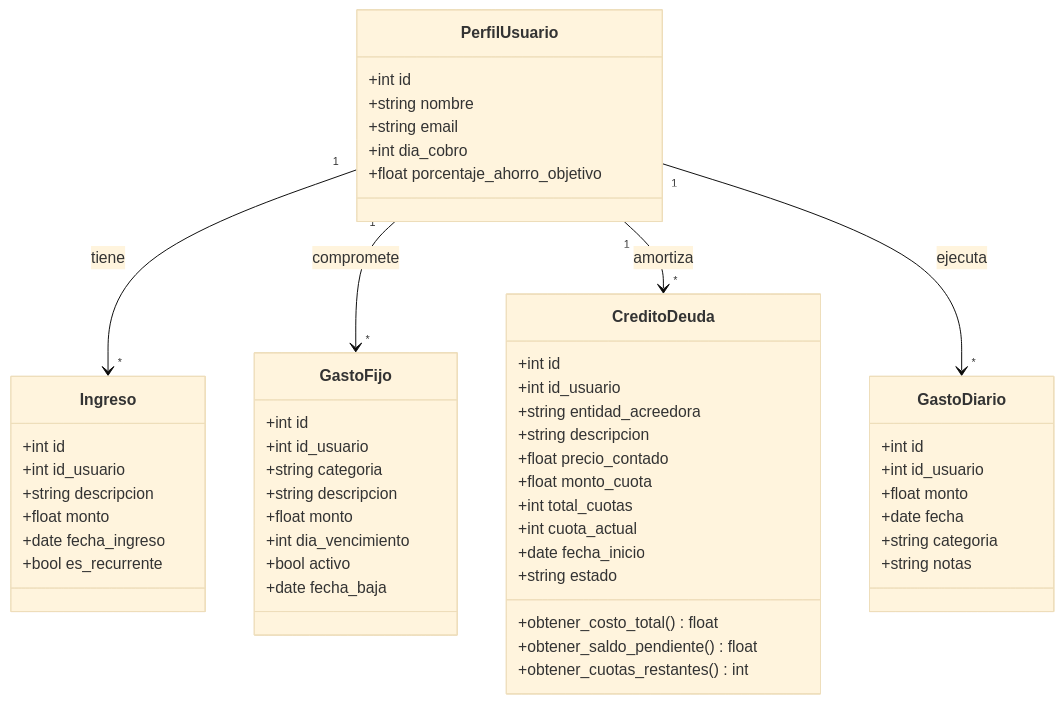
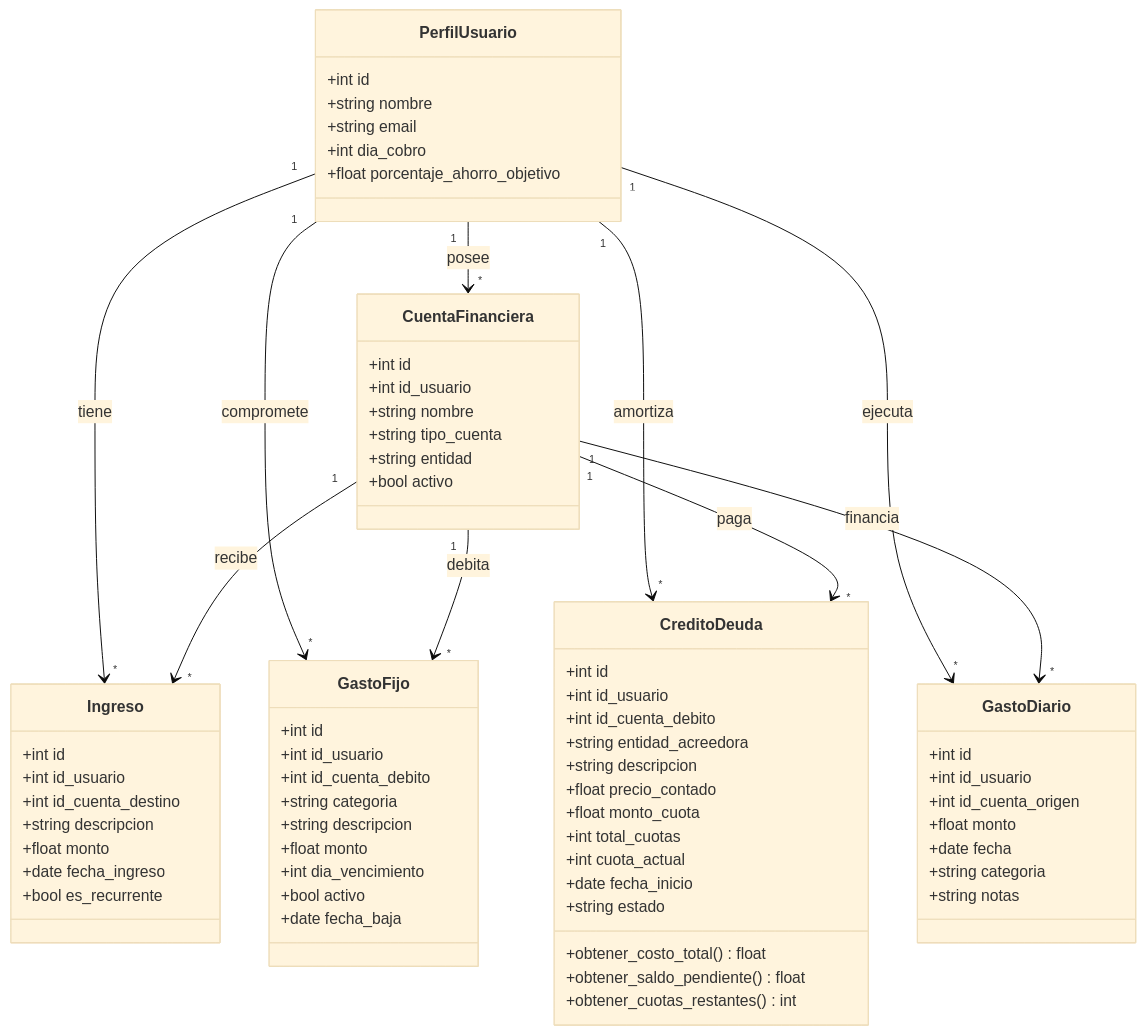
One commit to cachu94/efi-backend-misfinanzas changed the second of 2 diagrams in docs/analisis_estructura_financiera.md. Above: the diagram before and after it, drawn with Mermaid (base theme). The commit also changed other lines of this file and 7 other files, not shown here.

````diff
--- a/docs/analisis_estructura_financiera.md
+++ b/docs/analisis_estructura_financiera.md
@@ -72,60 +87,79 @@
 ```mermaid
 classDiagram
     class PerfilUsuario {
         +int id
         +string nombre
         +string email
         +int dia_cobro
         +float porcentaje_ahorro_objetivo
     }
 
+    class CuentaFinanciera {
+        +int id
+        +int id_usuario
+        +string nombre
+        +string tipo_cuenta
+        +string entidad
+        +bool activo
+    }
+
     class Ingreso {
         +int id
         +int id_usuario
+        +int id_cuenta_destino
         +string descripcion
         +float monto
         +date fecha_ingreso
         +bool es_recurrente
     }
 
     class GastoFijo {
         +int id
         +int id_usuario
+        +int id_cuenta_debito
         +string categoria
         +string descripcion
         +float monto
         +int dia_vencimiento
         +bool activo
         +date fecha_baja
     }
 
     class CreditoDeuda {
         +int id
         +int id_usuario
+        +int id_cuenta_debito
         +string entidad_acreedora
         +string descripcion
         +float precio_contado
         +float monto_cuota
         +int total_cuotas
         +int cuota_actual
         +date fecha_inicio
         +string estado
         +obtener_costo_total() float
         +obtener_saldo_pendiente() float
         +obtener_cuotas_restantes() int
     }
 
     class GastoDiario {
         +int id
         +int id_usuario
+        +int id_cuenta_origen
         +float monto
         +date fecha
         +string categoria
         +string notas
     }
 
+    PerfilUsuario "1" --> "*" CuentaFinanciera : posee
     PerfilUsuario "1" --> "*" Ingreso : tiene
     PerfilUsuario "1" --> "*" GastoFijo : compromete
     PerfilUsuario "1" --> "*" CreditoDeuda : amortiza
     PerfilUsuario "1" --> "*" GastoDiario : ejecuta
+
+    CuentaFinanciera "1" --> "*" Ingreso : recibe
+    CuentaFinanciera "1" --> "*" GastoFijo : debita
+    CuentaFinanciera "1" --> "*" CreditoDeuda : paga
+    CuentaFinanciera "1" --> "*" GastoDiario : financia
 ```
````
